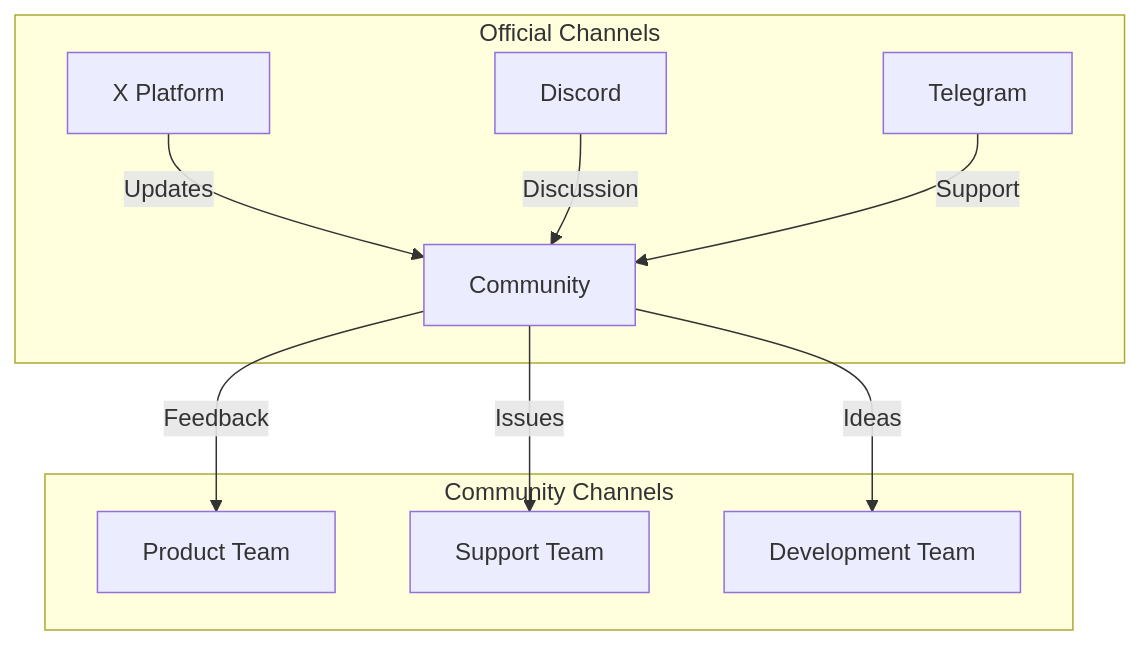
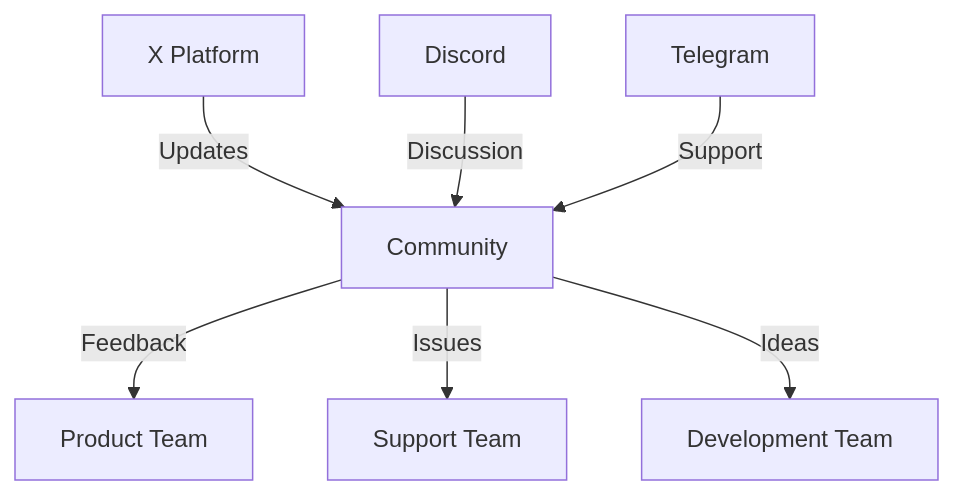
One commit to MEMEFANS/memefans changed the eighth of 18 diagrams in docs/whitepaper/community-ecosystem.md. Above: the diagram before and after it, drawn with Mermaid. The commit also changed other lines of this file, not shown here.

Commit message:
fix: simplify mermaid diagrams by removing subgraphs

````diff
--- a/docs/whitepaper/community-ecosystem.md
+++ b/docs/whitepaper/community-ecosystem.md
@@ -174,14 +154,10 @@
 ```mermaid
 graph TD
-    subgraph Official Channels
-        XP[X Platform] -->|Updates| C[Community]
-        D[Discord] -->|Discussion| C
-        T[Telegram] -->|Support| C
-    end
+    XP[X Platform] -->|Updates| C[Community]
+    D[Discord] -->|Discussion| C
+    T[Telegram] -->|Support| C
     
-    subgraph Community Channels
-        C -->|Feedback| PT[Product Team]
-        C -->|Issues| ST[Support Team]
-        C -->|Ideas| DT[Development Team]
-    end
+    C -->|Feedback| PT[Product Team]
+    C -->|Issues| ST[Support Team]
+    C -->|Ideas| DT[Development Team]
 ```
````
